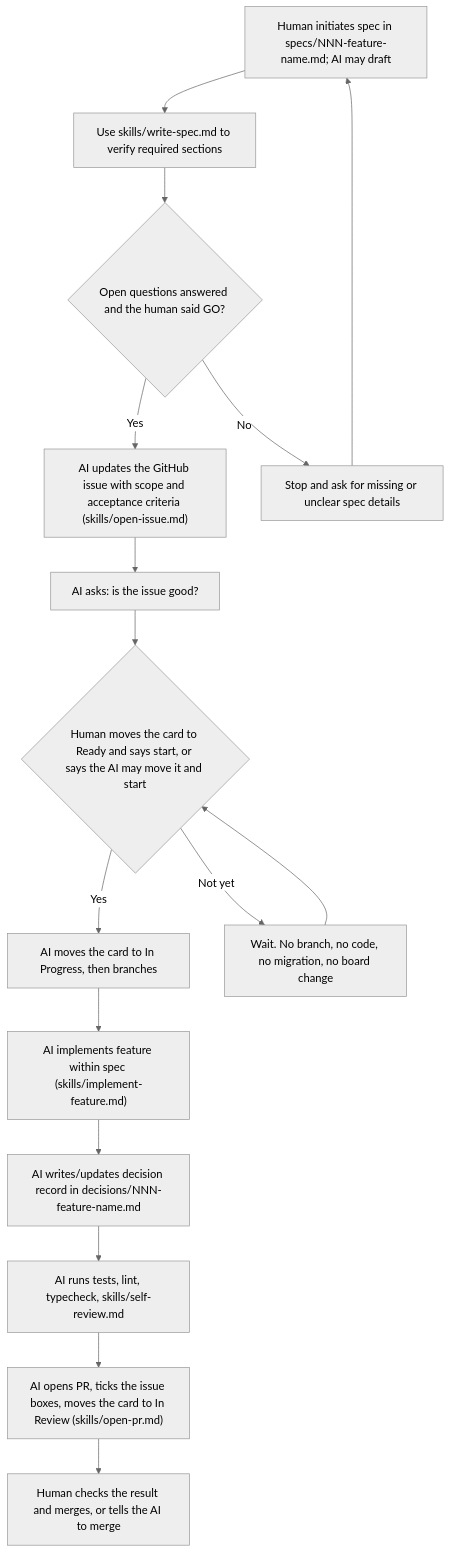
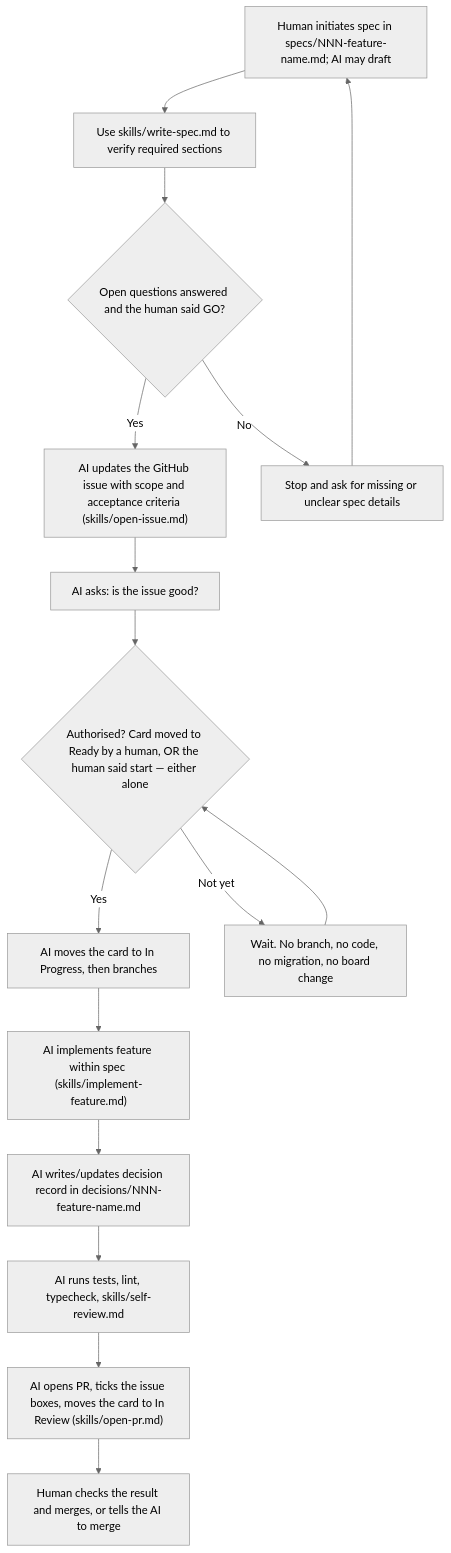
Before and after one commit to koodauspaja/footy-trends: the diagram in README.md, drawn with Mermaid (neutral theme). The commit also changed other lines of this file and 3 other files, not shown here.

````diff
--- a/README.md
+++ b/README.md
@@ -159,23 +159,23 @@
 ```mermaid
 flowchart TD
   Human_spec["Human initiates spec in specs/NNN-feature-name.md; AI may draft"]
   Spec_checklist["Use skills/write-spec.md to verify required sections"]
   Spec_confirmed{"Open questions answered and the human said GO?"}
   AI_issue["AI updates the GitHub issue with scope and acceptance criteria (skills/open-issue.md)"]
   AI_asks["AI asks: is the issue good?"]
-  Human_ready{"Human moves the card to Ready and says start, or says the AI may move it and start"}
+  Human_ready{"Authorised? Card moved to Ready by a human, OR the human said start — either alone"}
   AI_branch["AI moves the card to In Progress, then branches"]
   AI_implement["AI implements feature within spec (skills/implement-feature.md)"]
   AI_decision["AI writes/updates decision record in decisions/NNN-feature-name.md"]
   AI_checks["AI runs tests, lint, typecheck, skills/self-review.md"]
   AI_open_pr["AI opens PR, ticks the issue boxes, moves the card to In Review (skills/open-pr.md)"]
   Human_merge["Human checks the result and merges, or tells the AI to merge"]
   Ask_for_info["Stop and ask for missing or unclear spec details"]
   Wait["Wait. No branch, no code, no migration, no board change"]
 
   Human_spec --> Spec_checklist --> Spec_confirmed
   Spec_confirmed -->|Yes| AI_issue --> AI_asks --> Human_ready
   Spec_confirmed -->|No| Ask_for_info --> Human_spec
   Human_ready -->|Yes| AI_branch --> AI_implement --> AI_decision --> AI_checks --> AI_open_pr --> Human_merge
   Human_ready -->|"Not yet"| Wait --> Human_ready
 ```
````
